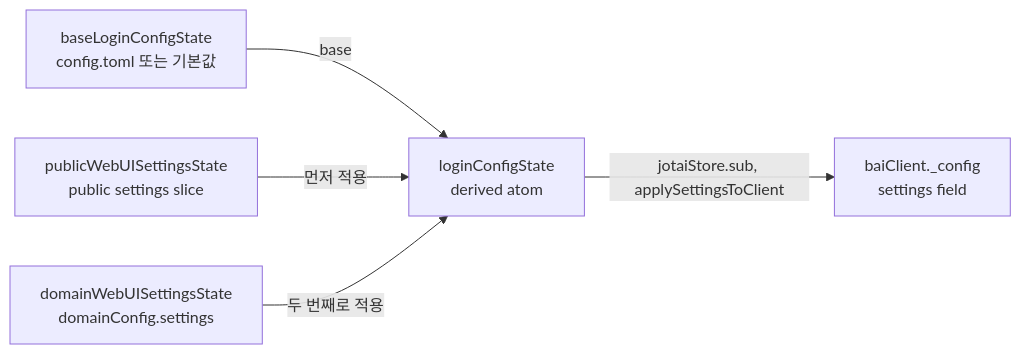
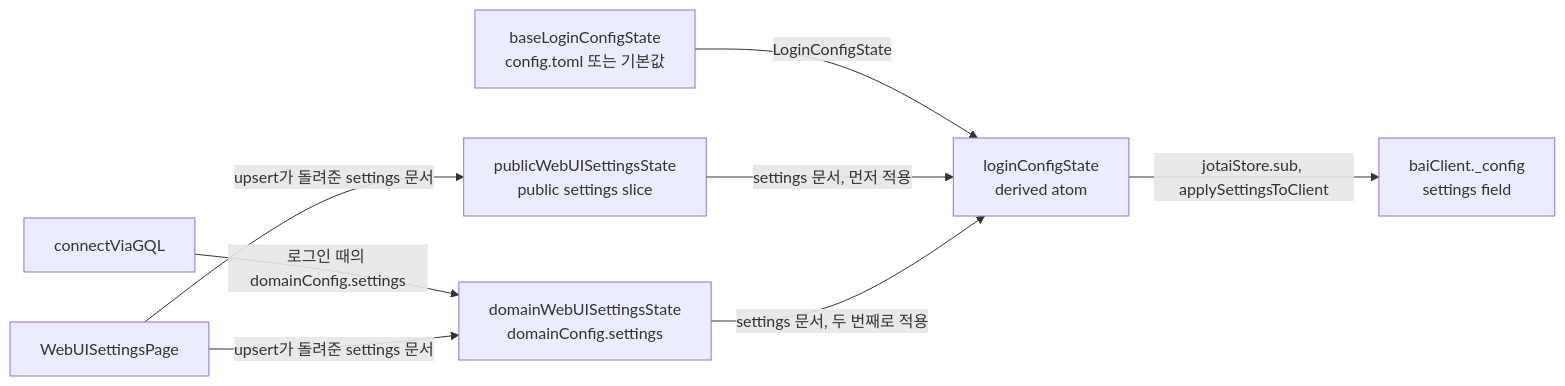
The second of 2 diagrams in docs/adr/0033-scoped-and-merged-app-config-hooks.ko.md (lablup/backend.ai-webui), drawn with Mermaid before and after one commit. The commit also changed other lines of this file and 5 other files, not shown here.

````diff
--- a/docs/adr/0033-scoped-and-merged-app-config-hooks.ko.md
+++ b/docs/adr/0033-scoped-and-merged-app-config-hooks.ko.md
@@ -43,12 +47,17 @@
 ```mermaid
 flowchart LR
+  sign["connectViaGQL"]
+  page["WebUISettingsPage"]
   base["baseLoginConfigState<br/>config.toml 또는 기본값"]
   pub["publicWebUISettingsState<br/>public settings slice"]
   dom["domainWebUISettingsState<br/>domainConfig.settings"]
   eff["loginConfigState<br/>derived atom"]
   client["baiClient._config<br/>settings field"]
-  base -- "base" --> eff
-  pub -- "먼저 적용" --> eff
-  dom -- "두 번째로 적용" --> eff
+  sign -- "로그인 때의 domainConfig.settings" --> dom
+  page -- "upsert가 돌려준 settings 문서" --> pub
+  page -- "upsert가 돌려준 settings 문서" --> dom
+  base -- "LoginConfigState" --> eff
+  pub -- "settings 문서, 먼저 적용" --> eff
+  dom -- "settings 문서, 두 번째로 적용" --> eff
   eff -- "jotaiStore.sub, applySettingsToClient" --> client
 ```
````
